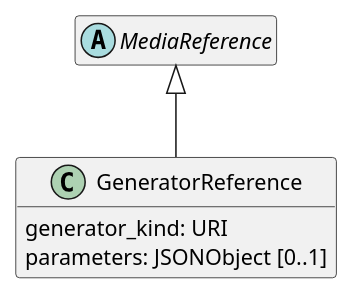
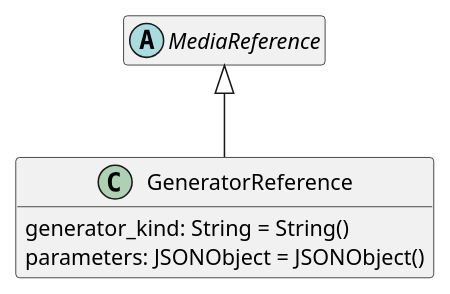
Before and after one commit to sandflow/otio-core-specification: diagram 20 of 32 in src/main/md/otio-core.md, drawn with PlantUML. The commit also changed other lines of this file and 11 other files, not shown here.

Commit message:
Updated schema per test material

````diff
--- a/src/main/md/otio-core.md
+++ b/src/main/md/otio-core.md
@@ -1271,16 +1246,16 @@
 ```puml
 @startuml
 hide empty members
 skinparam classAttributeIconSize 0
 
 abstract class MediaReference
 
 MediaReference <|-- GeneratorReference
 
 class GeneratorReference {
-  generator_kind: URI
-  parameters: JSONObject [0..1]
+  generator_kind: String = String()
+  parameters: JSONObject = JSONObject()
 }
 
 @enduml
 ```
````
